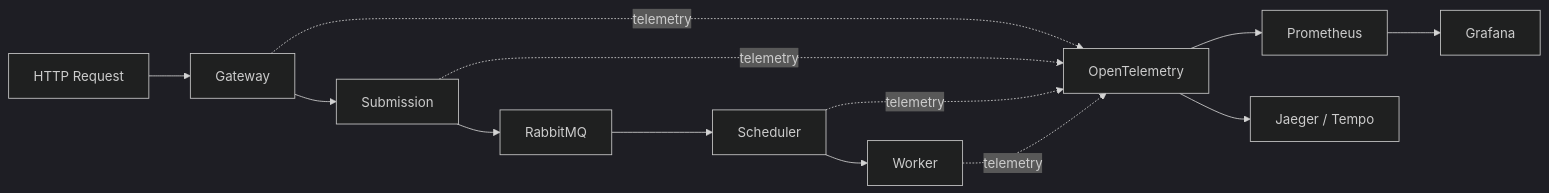
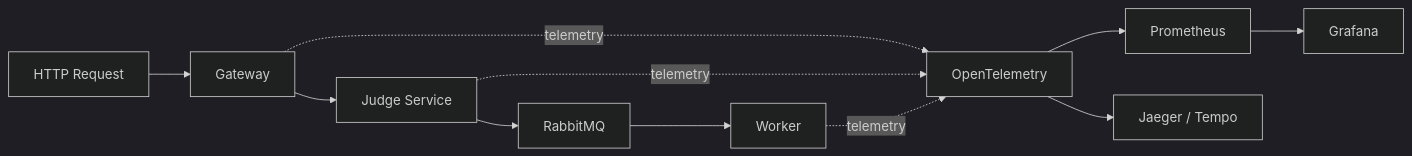
One commit to viggggil/go_oj_agent changed the fifth of 6 diagrams in docs/architecture.md. Above: the diagram before and after it, drawn with Mermaid (dark theme). The commit also changed other lines of this file and 6 other files, not shown here.

Commit message:
docs(architecture): merge submission scheduling into judge service

````diff
--- a/docs/architecture.md
+++ b/docs/architecture.md
@@ -652,17 +641,15 @@
 ```mermaid
 flowchart LR
     HTTP["HTTP Request"] --> Gateway["Gateway"]
-    Gateway --> Submission["Submission"]
-    Submission --> MQ["RabbitMQ"]
-    MQ --> Scheduler["Scheduler"]
-    Scheduler --> Worker["Worker"]
+    Gateway --> Judge["Judge Service"]
+    Judge --> MQ["RabbitMQ"]
+    MQ --> Worker["Worker"]
 
     Gateway -. telemetry .-> OTel["OpenTelemetry"]
-    Submission -. telemetry .-> OTel
-    Scheduler -. telemetry .-> OTel
+    Judge -. telemetry .-> OTel
     Worker -. telemetry .-> OTel
 
     OTel --> Metrics["Prometheus"]
     OTel --> Traces["Jaeger / Tempo"]
     Metrics --> Grafana["Grafana"]
 ```
````
